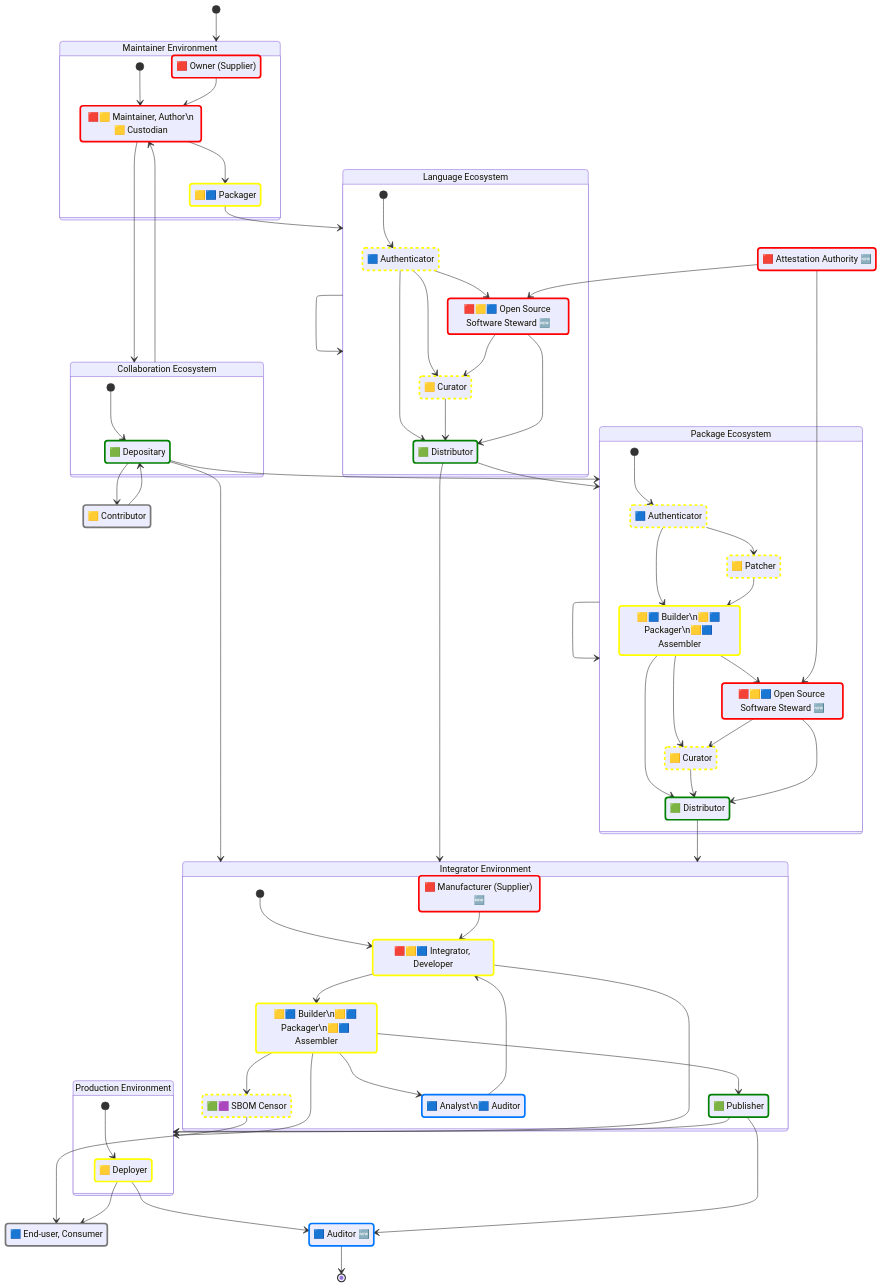
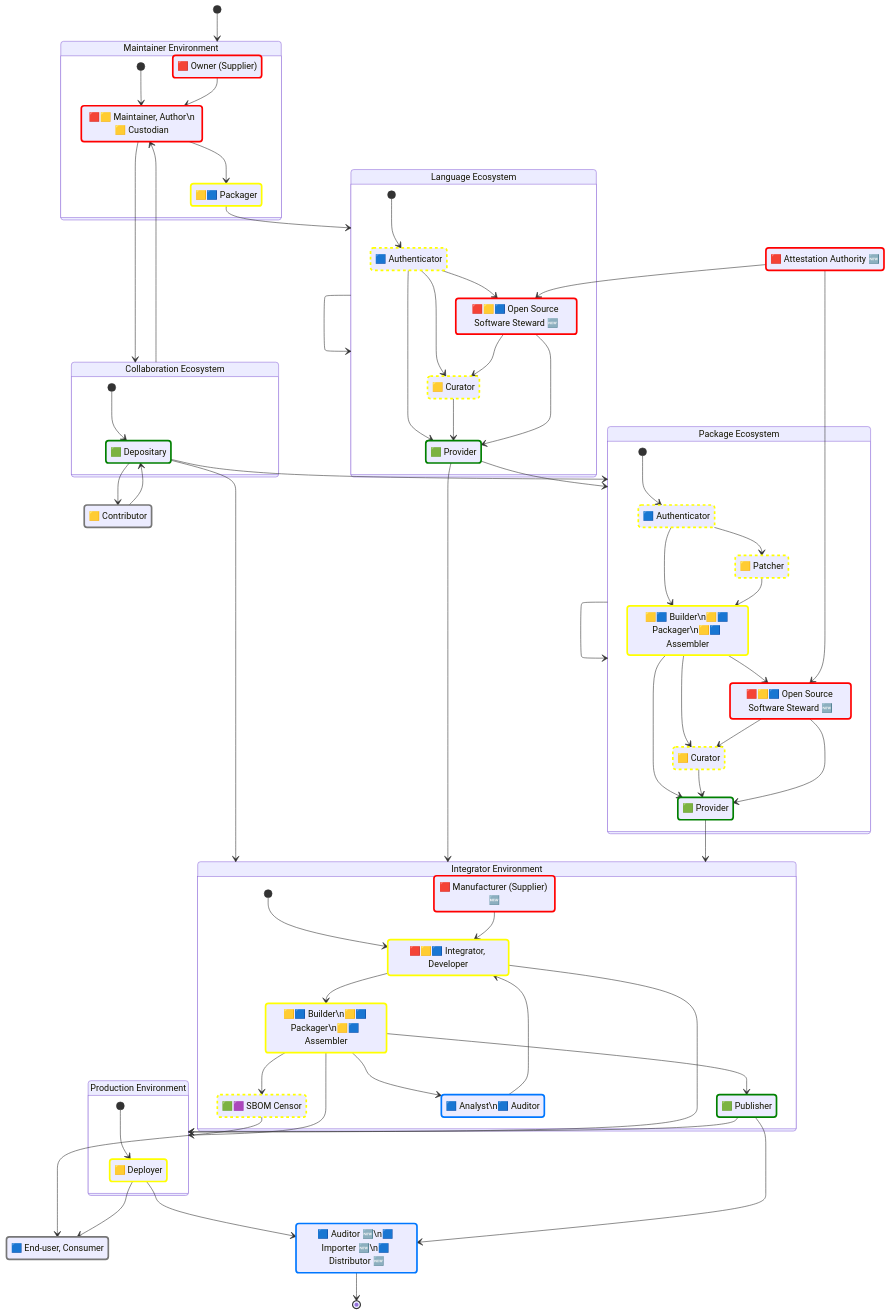
The third of 3 diagrams in docs/supplychain-sbom.md (CPAN-Security/security.metacpan.org), drawn with Mermaid before and after one commit. The commit also changed other lines of this file and 1 other file, not shown here.

Commit message:
Prefer the term 'Provider' instead of 'Distributor', because of the CRA's use of this term.

```diff
--- a/docs/supplychain-sbom.md
+++ b/docs/supplychain-sbom.md
@@ -192,7 +189,6 @@
     %%accDescr: This graph illustrates how different types of development environments and ecosystems interconnect, what kind of roles you may find in these, and what type of metadata operations they may care to do
 
     %%
-    %%state "🟦 Importer" as maintainer_importer
     state "🟥 Owner (Supplier)" as maintainer_owner
     state "🟥🟨 Maintainer, Author\n🟨 Custodian" as maintainer_author
     state "🟨🟦 Packager" as language_packager
@@ -202,29 +198,23 @@
 
     %%
     state "🟦 Authenticator" as language_authenticator
-    %%state "🟦 Importer" as language_importer
     state "🟥🟨🟦 Open Source Software Steward 🆕" as language_steward
     state "🟨 Curator" as language_curator
-    state "🟩 Distributor" as language_distributor
+    state "🟩 Provider" as language_distributor
 
     %%
     state "🟩 Depositary" as repository_distributor
     state "🟨 Contributor" as external_contributor
 
     %%
-    %%state "🟩 Delivery Network" as network_distributor
-
-    %%
     state "🟦 Authenticator" as package_authenticator
-    %%state "🟦 Importer" as package_importer
     state "🟨 Patcher" as package_patcher
     state "🟨🟦 Builder\n🟨🟦 Packager\n🟨🟦 Assembler" as package_packager
     state "🟥🟨🟦 Open Source Software Steward 🆕" as package_steward
     state "🟨 Curator" as package_curator
-    state "🟩 Distributor" as package_distributor
+    state "🟩 Provider" as package_distributor
 
     %%
-    %%state "🟦 Importer" as integrator_importer
     state "🟥 Manufacturer (Supplier) 🆕" as integrator_owner
     state "🟥🟨🟦 Integrator, Developer" as integrator_developer
     state "🟨🟦 Builder\n🟨🟦 Packager\n🟨🟦 Assembler" as integrator_builder
@@ -235,7 +225,7 @@
     %%
     state "🟨 Deployer" as prod_deployer
     state "🟦 End-user, Consumer" as external_consumer
-    state "🟦 Auditor 🆕" as authority_auditor
+    state "🟦 Auditor 🆕\n🟦 Importer 🆕\n🟦 Distributor 🆕" as authority_auditor
 
     %%
     classDef createsSBOM stroke:red,stroke-width:3px;
@@ -247,7 +237,6 @@
     classDef ignoresSBOM stroke:#777,stroke-width:3px;
 
     %%
-    %%class maintainer_importer verifiesSBOM
     class maintainer_owner createsSBOM
     class maintainer_author createsSBOM
 
@@ -256,7 +245,6 @@
     class external_contributor ignoresSBOM
 
     %%
-    %%class language_importer verifiesSBOM
     class language_authenticator updatesSBOM
     class language_packager assemblesSBOM
     class language_steward createsSBOM
@@ -264,9 +252,6 @@
     class language_distributor distributesSBOM
 
     %%
-    %%class network_distributor ignoresSBOM
-
-    %%class package_importer verifiesSBOM
     class package_authenticator updatesSBOM
     class package_patcher updatesSBOM
     class package_packager assemblesSBOM
@@ -275,7 +260,6 @@
     class package_distributor distributesSBOM
 
     %%
-    %%class integrator_importer verifiesSBOM
     class integrator_owner createsSBOM
     class integrator_developer assemblesSBOM
     class integrator_censor updatesSBOM
@@ -291,7 +275,6 @@
     class authority_attester createsSBOM
     class authority_auditor verifiesSBOM
 
-
     %%
     state "Maintainer Environment" as environment_maintainer {
         [*] --> maintainer_author
@@ -306,12 +289,9 @@
     %%
     state "Language Ecosystem" as ecosystem_lang {
         [*] --> language_authenticator
-        %%[*] --> language_importer
         language_authenticator --> language_distributor
         language_authenticator --> language_steward
         language_authenticator --> language_curator
-        %%language_importer --> language_distributor
-        %%language_importer --> language_curator
         language_curator --> language_distributor
         language_steward --> language_distributor
         language_steward --> language_curator
@@ -327,19 +307,12 @@
     ecosystem_repo    --> maintainer_author
     maintainer_author --> ecosystem_repo
 
-    %%maintainer_author    --> network_distributor
-    %%language_distributor --> network_distributor
-    %%network_distributor  --> environment_integrator
-
     external_contributor   --> repository_distributor
     repository_distributor --> external_contributor
 
     state "Package Ecosystem" as ecosystem_package {
         [*] --> package_authenticator
-        %%[*] --> package_importer
         package_authenticator --> package_patcher
-        %%package_importer      --> package_patcher
-        %%package_importer      --> package_packager
         package_authenticator --> package_packager
         package_patcher       --> package_packager
         package_packager      --> package_curator
@@ -359,10 +332,8 @@
     authority_attester --> package_steward
 
     state "Integrator Environment" as environment_integrator {
-        %%[*] --> integrator_importer
         [*] --> integrator_developer
         integrator_owner     --> integrator_developer
-        %%integrator_importer  --> integrator_developer
         integrator_builder   --> integrator_censor
         integrator_builder   --> integrator_publisher
         integrator_builder   --> integrator_analyst
@@ -384,7 +355,6 @@
     integrator_publisher --> authority_auditor
     integrator_publisher --> environment_prod
     integrator_censor    --> external_consumer
-    %%external_consumer    --> [*]
     authority_auditor    --> [*]
 
     %%
```
